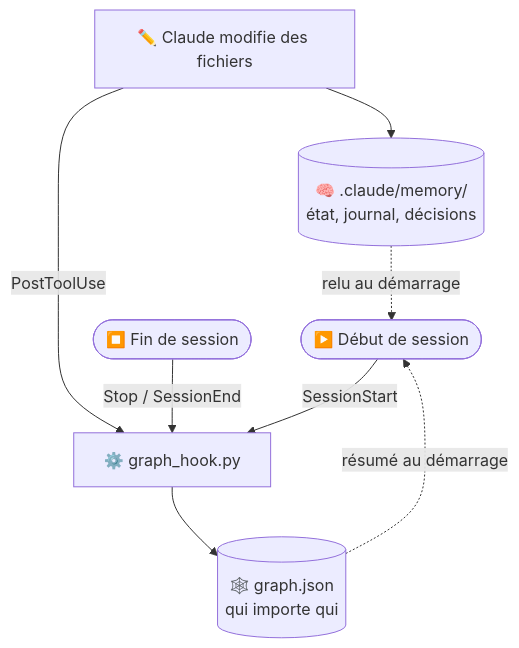
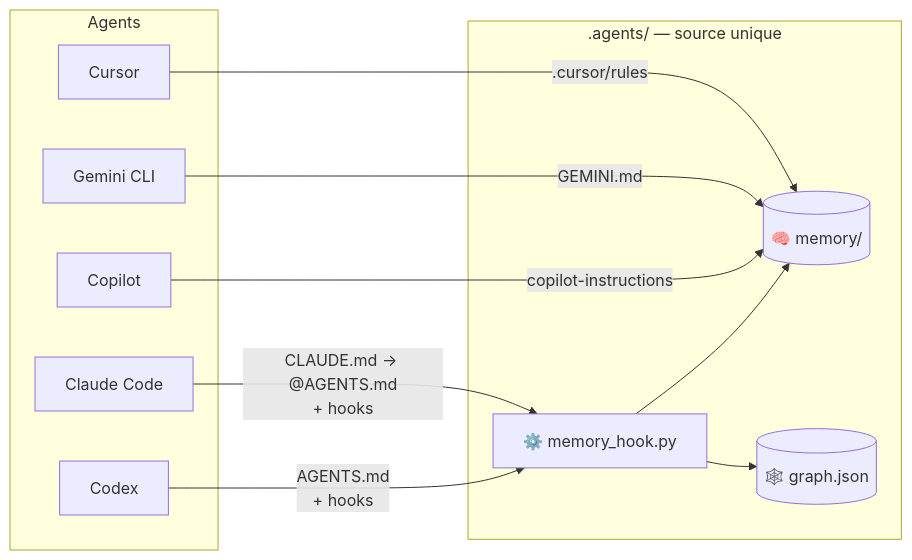
One commit to duckysface/design-to-dev changed the fourth of 5 diagrams in README.md. Above: the diagram before and after it, drawn with Mermaid. The commit also changed other lines of this file and 15 other files, not shown here.

````diff
--- a/README.md
+++ b/README.md
@@ -169,10 +233,22 @@
 ```mermaid
-flowchart TB
-    S1(["▶️ Début de session"]) -- "SessionStart" --> HOOK["⚙️ graph_hook.py"]
-    S2["✏️ Claude modifie des fichiers"] -- "PostToolUse" --> HOOK
-    S3(["⏹️ Fin de session"]) -- "Stop / SessionEnd" --> HOOK
-    HOOK --> GRAPH[("🕸️ graph.json<br/>qui importe qui")]
-    S2 --> MEM[("🧠 .claude/memory/<br/>état, journal, décisions")]
-    GRAPH -. "résumé au démarrage" .-> S1
-    MEM -. "relu au démarrage" .-> S1
+flowchart LR
+    subgraph Agents
+        CC["Claude Code"]
+        CX["Codex"]
+        CU["Cursor"]
+        GE["Gemini CLI"]
+        CP["Copilot"]
+    end
+    subgraph CORE [".agents/ — source unique"]
+        MEM[("🧠 memory/")]
+        GRAPH[("🕸️ graph.json")]
+        HOOK["⚙️ memory_hook.py"]
+    end
+    CC -- "CLAUDE.md → @AGENTS.md<br/>+ hooks" --> HOOK
+    CX -- "AGENTS.md<br/>+ hooks" --> HOOK
+    CU -- ".cursor/rules" --> MEM
+    GE -- "GEMINI.md" --> MEM
+    CP -- "copilot-instructions" --> MEM
+    HOOK --> GRAPH
+    HOOK --> MEM
 ```
````
